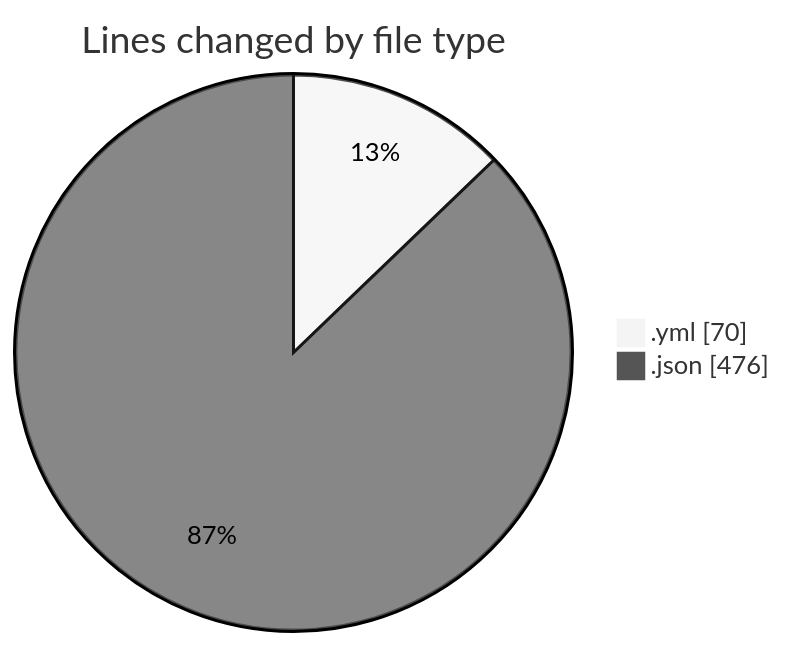
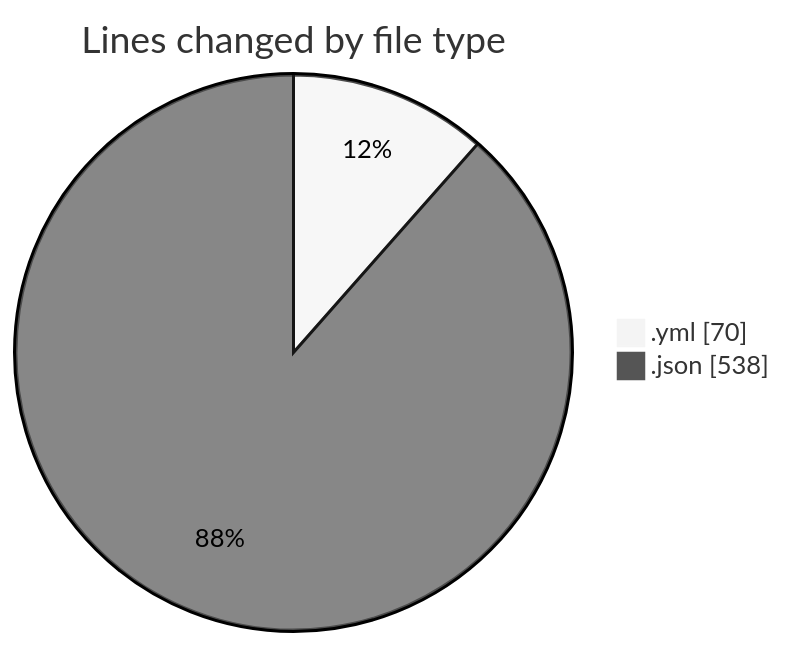
One commit to momahboobian/code-tracking changed the first of 2 diagrams in 2026-07-12/downloads/README.md. Above: the diagram before and after it, drawn with Mermaid (neutral theme). The commit also changed other lines of this file and 1 other file, not shown here.

````diff
--- a/2026-07-12/downloads/README.md
+++ b/2026-07-12/downloads/README.md
@@ -22,6 +22,6 @@
 ```mermaid
 pie showData
 title Lines changed by file type
 ".yml" : 70
-".json" : 476
+".json" : 538
 ```
````
